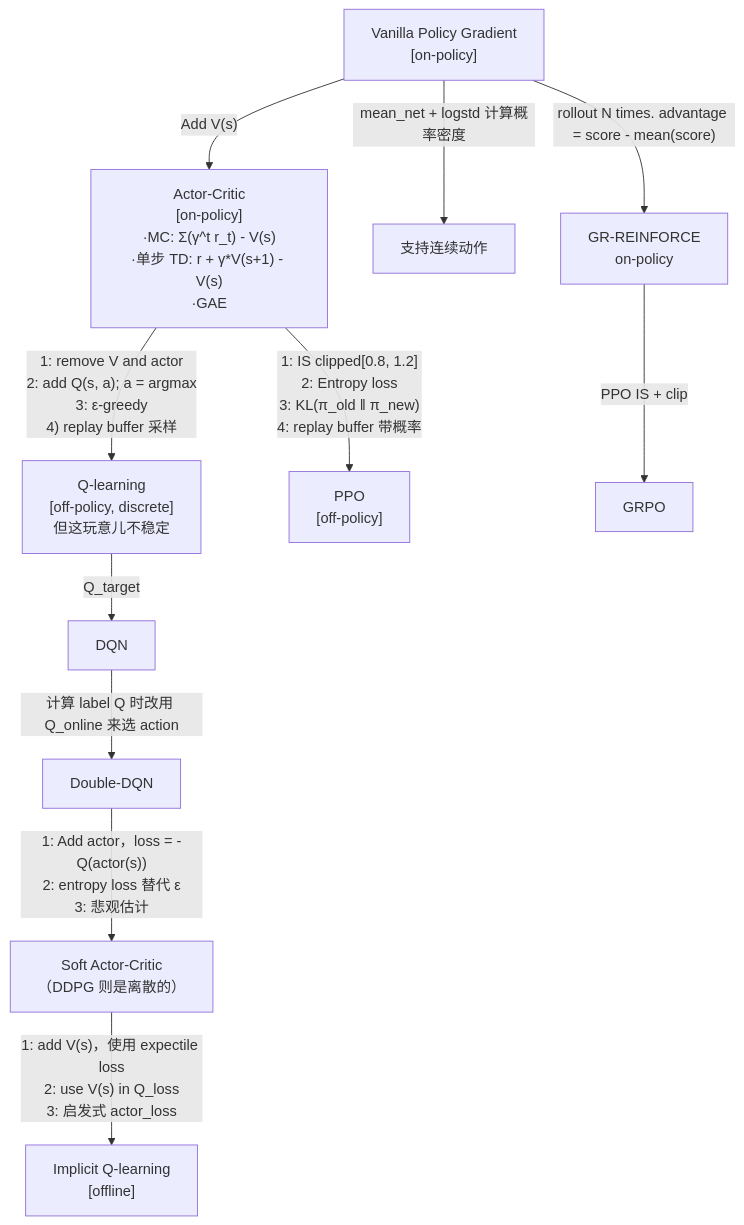
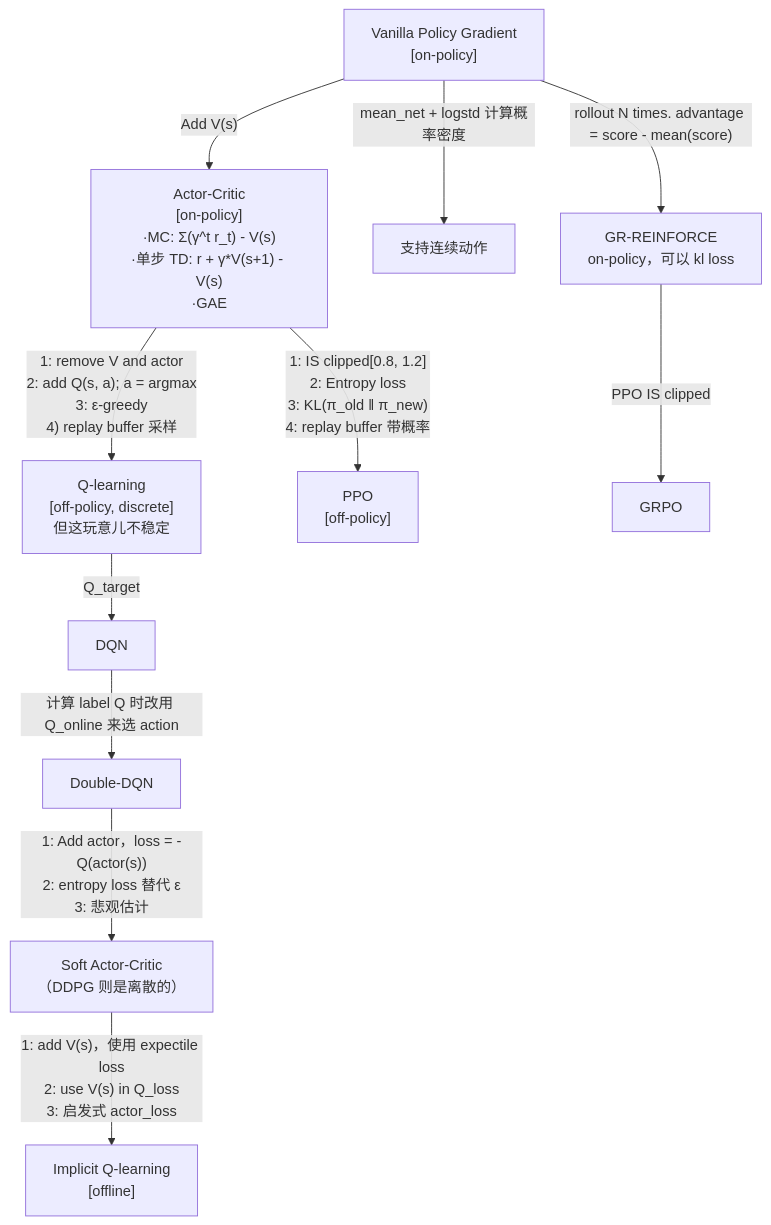
The diagram in 技术学习/285/285-0.md (julyfun/how-to), drawn with Mermaid before and after one commit. The commit also changed 1 other file, not shown here.

Commit message:
M 技术学习/285/285-0.md | M 技术学习/285/285-4.md

````diff
--- a/技术学习/285/285-0.md
+++ b/技术学习/285/285-0.md
@@ -11,15 +11,14 @@
 ```mermaid
 flowchart TD
     PG["Vanilla Policy Gradient<br>[on-policy]"] -->|"Add V(s)"| AC
     AC["Actor-Critic<br>[on-policy]<br>·MC: Σ(γ^t r_t) - V(s)<br>·单步 TD: r + γ*V(s+1) - V(s)<br>·GAE"]
     PG -->|"mean_net + logstd 计算概率密度"| cont[支持连续动作]
     AC -->|"1: remove V and actor<br>2: add Q(s, a); a = argmax<br>3: ε-greedy<br>4) replay buffer 采样"| Q-learning["Q-learning<br>[off-policy, discrete]<br>但这玩意儿不稳定"]
     Q-learning -->|"Q_target"| DQN
     DQN -->|"计算 label Q 时改用 Q_online 来选 action"| Double-DQN
     Double-DQN -->|"1: Add actor，loss = -Q(actor(s))<br>2: entropy loss 替代 ε<br>3: 悲观估计"| SAC["Soft Actor-Critic<br>（DDPG 则是离散的）"]
     SAC -->|"1: add V(s)，使用 expectile loss<br>2: use V(s) in Q_loss<br>3: 启发式 actor_loss"| IQL["Implicit Q-learning<br>[offline]"]
     AC -->|"1: IS clipped[0.8, 1.2]<br>2: Entropy loss<br>3: KL(π_old ‖ π_new)<br>4: replay buffer 带概率"| PPO["PPO<br>[off-policy]"]
-    PG -->|"rollout N times. advantage = score - mean(score)"| GR["GR-REINFORCE<br>on-policy"]
-    GR -->|"PPO IS + clip"| GRPO
-
+    PG -->|"rollout N times. advantage = score - mean(score)"| GR["GR-REINFORCE<br>on-policy，可以 kl loss"]
+    GR -->|"PPO IS clipped"| GRPO
 ```
````
